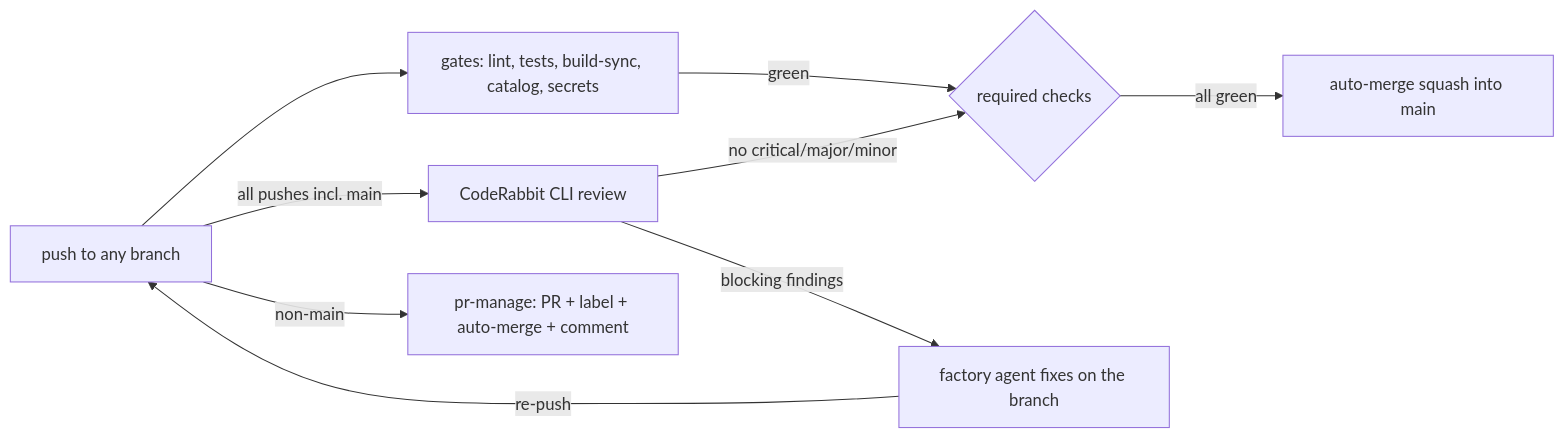
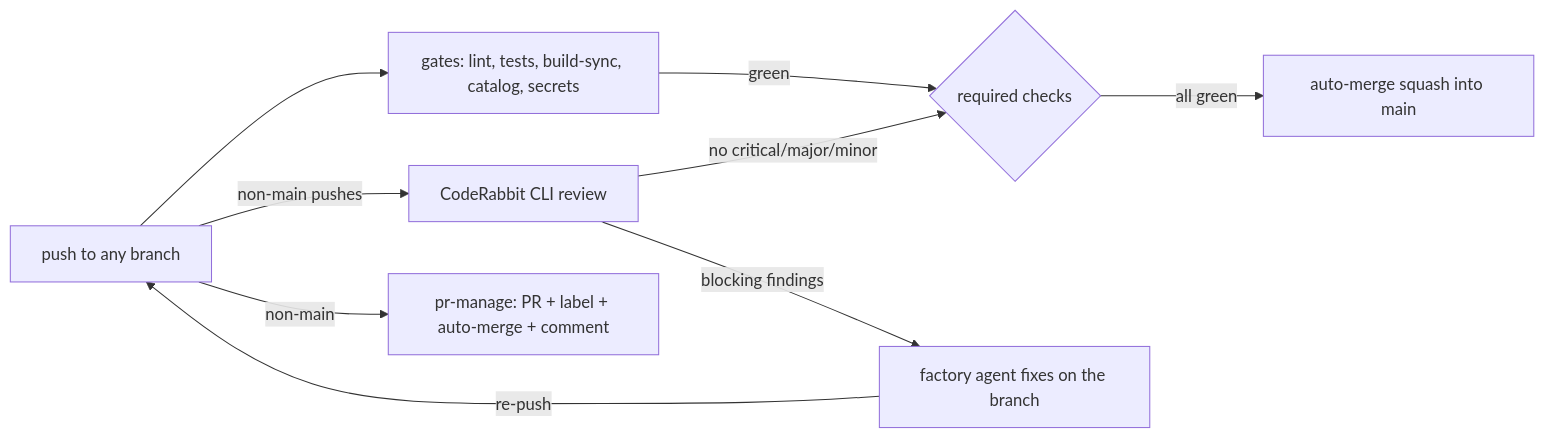
One commit to Hana-X-AI/HX-ASF-Servers changed the diagram in docs/cicd-pipeline.md. Above: the diagram before and after it, drawn with Mermaid. The commit also changed other lines of this file and 2 other files, not shown here.

First line of the commit message:
fix(ci): skip coderabbit-review on post-merge main pushes (#3)

````diff
--- a/docs/cicd-pipeline.md
+++ b/docs/cicd-pipeline.md
@@ -71,11 +77,11 @@
 ```mermaid
 flowchart LR
     A[push to any branch] --> B[gates: lint, tests, build-sync, catalog, secrets]
-    A -->|all pushes incl. main| C[CodeRabbit CLI review]
+    A -->|non-main pushes| C[CodeRabbit CLI review]
     A -->|non-main| D[pr-manage: PR + label + auto-merge + comment]
     B -->|green| E{required checks}
     C -->|no critical/major/minor| E
     C -->|blocking findings| F[factory agent fixes on the branch]
     F -->|re-push| A
     E -->|all green| G[auto-merge squash into main]
 ```
````
